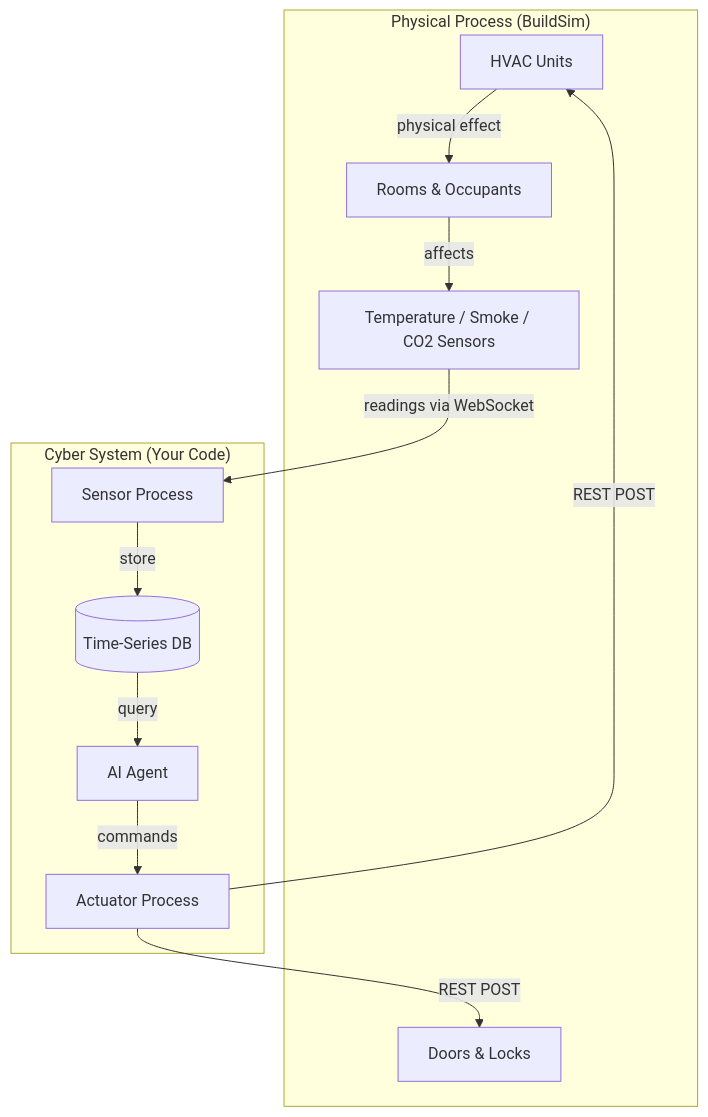
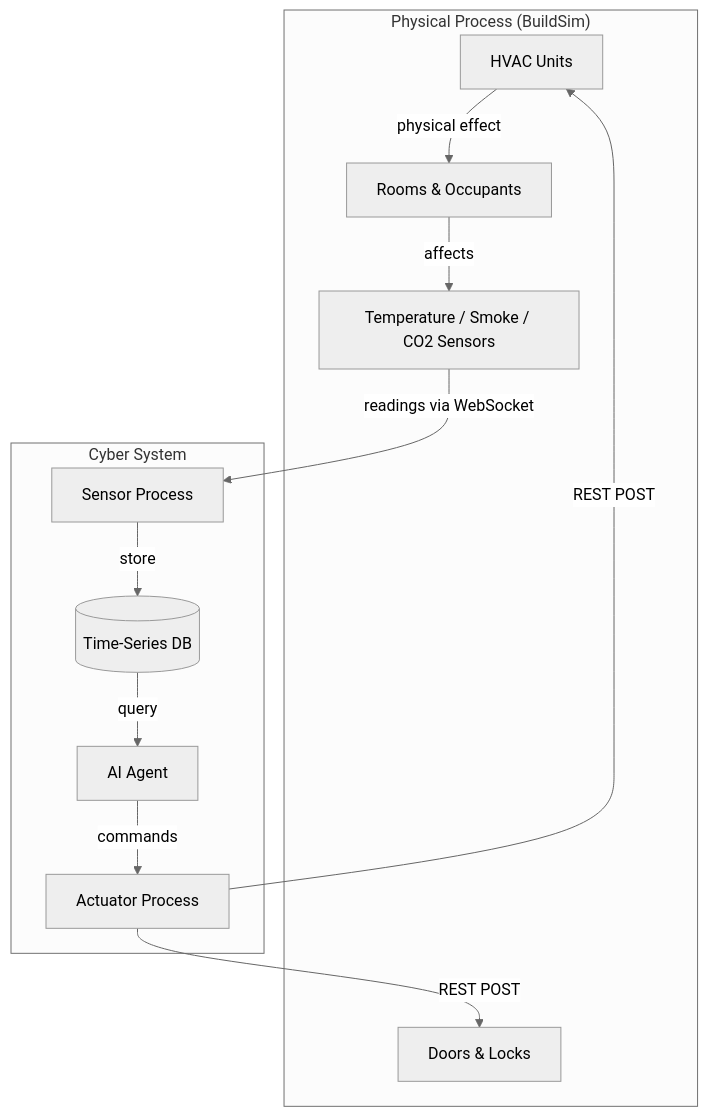
The first of 5 diagrams in lectures/lecture-1-cps-architectures.md (eislab-cps/D7065E), drawn with Mermaid before and after one commit. The commit also changed other lines of this file and 3 other files, not shown here.

Commit message:
Rewrite lectures 1-4 in textbook style: academic tone, no second-person, neutral Mermaid theme

````diff
--- a/lectures/lecture-1-cps-architectures.md
+++ b/lectures/lecture-1-cps-architectures.md
@@ -33,25 +19,26 @@
 ```mermaid
+%%{init: {"theme": "neutral"}}%%
 graph TD
     subgraph Physical["Physical Process (BuildSim)"]
         HVAC[HVAC Units]
         SENSORS[Temperature / Smoke / CO2 Sensors]
         DOORS[Doors & Locks]
         ROOMS[Rooms & Occupants]
     end
 
-    subgraph Cyber["Cyber System (Your Code)"]
+    subgraph Cyber["Cyber System"]
         SP[Sensor Process]
         DB[(Time-Series DB)]
         AI[AI Agent]
         ACT[Actuator Process]
     end
 
     SENSORS -->|readings via WebSocket| SP
     SP -->|store| DB
     DB -->|query| AI
     AI -->|commands| ACT
     ACT -->|REST POST| HVAC
     ACT -->|REST POST| DOORS
     HVAC -->|physical effect| ROOMS
     ROOMS -->|affects| SENSORS
 ```
````
